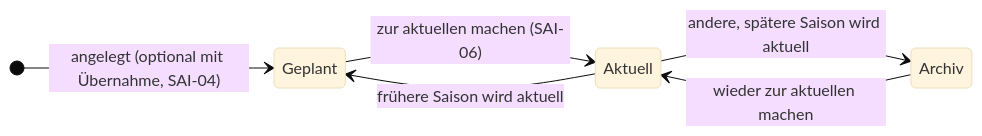
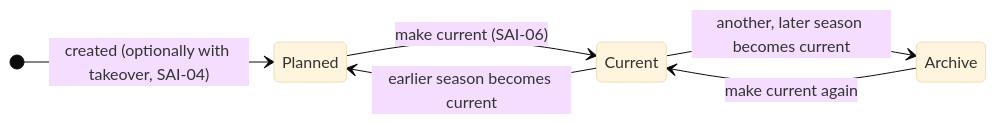
The eighth of 13 diagrams in docs/states.md (cyrilleulmi/StvBeroPlatform), drawn with Mermaid (base theme) before and after one commit. The commit also changed other lines of this file and 19 other files, not shown here.

````diff
--- a/docs/states.md
+++ b/docs/states.md
@@ -198,9 +200,9 @@
 ```mermaid
 stateDiagram-v2
     direction LR
-    [*] --> Geplant: angelegt (optional mit Übernahme, SAI-04)
-    Geplant --> Aktuell: zur aktuellen machen (SAI-06)
-    Aktuell --> Archiv: andere, spätere Saison wird aktuell
-    Archiv --> Aktuell: wieder zur aktuellen machen
-    Aktuell --> Geplant: frühere Saison wird aktuell
+    [*] --> Planned: created (optionally with takeover, SAI-04)
+    Planned --> Current: make current (SAI-06)
+    Current --> Archive: another, later season becomes current
+    Archive --> Current: make current again
+    Current --> Planned: earlier season becomes current
 ```
````
